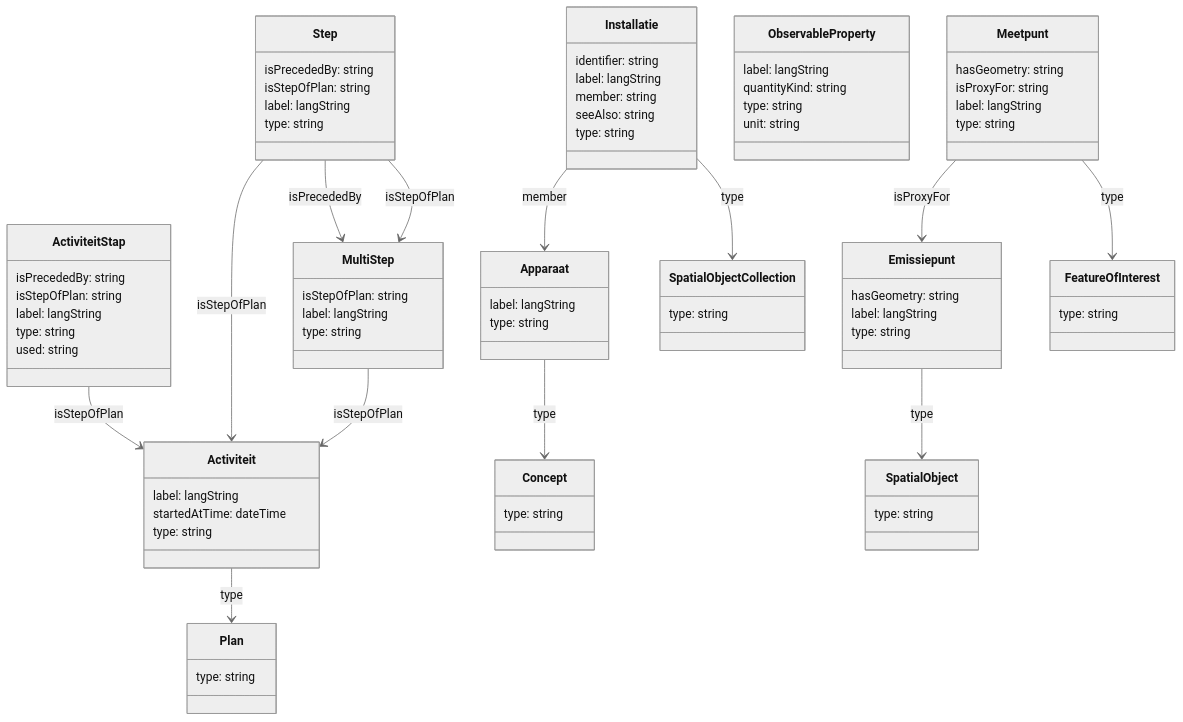
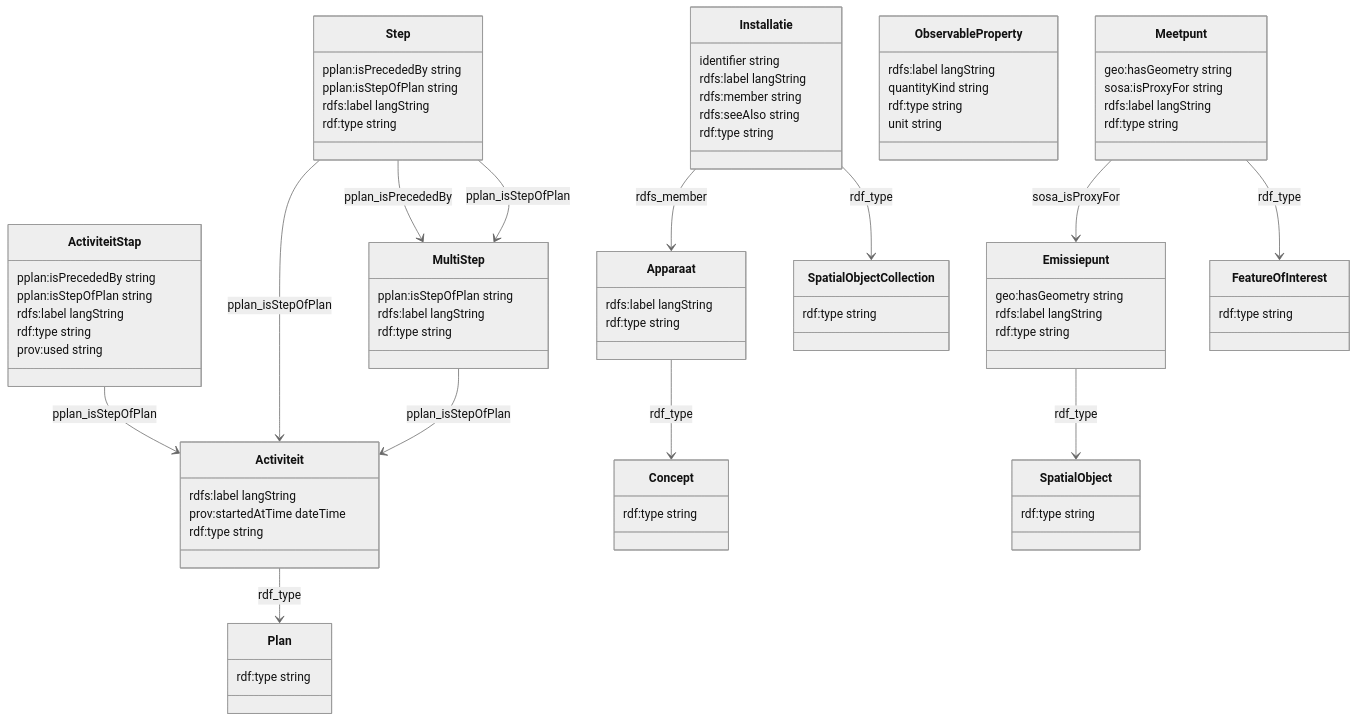
The diagram in documentatie/datamodel/mermaid_class_diagram.mmd (milieuinfo/RIE-IEPR), drawn with Mermaid (neutral theme) before and after one commit. The commit also changed 1 other file, not shown here.

Commit message:
rdf to mermaid

```diff
--- a/documentatie/datamodel/mermaid_class_diagram.mmd
+++ b/documentatie/datamodel/mermaid_class_diagram.mmd
@@ -1,97 +1,98 @@
 classDiagram
     %% Generated from RDF data using csv_to_mermaid.py
     %% Source: RIE-IEPR datamodel
 
     class Activiteit {
-        label: langString
-        startedAtTime: dateTime
-        type: string
+        rdfs:label langString
+        prov:startedAtTime dateTime
+        rdf:type string
     }
 
     class ActiviteitStap {
-        isPrecededBy: string
-        isStepOfPlan: string
-        label: langString
-        type: string
-        used: string
+        pplan:isPrecededBy string
+        pplan:isStepOfPlan string
+        rdfs:label langString
+        rdf:type string
+        prov:used string
     }
 
     class Apparaat {
-        label: langString
-        type: string
+        rdfs:label langString
+        rdf:type string
     }
 
     class Concept {
-        type: string
+        rdf:type string
     }
 
     class Emissiepunt {
-        hasGeometry: string
-        label: langString
-        type: string
+        geo:hasGeometry string
+        rdfs:label langString
+        rdf:type string
     }
 
     class FeatureOfInterest {
-        type: string
+        rdf:type string
     }
 
     class Installatie {
-        identifier: string
-        label: langString
-        member: string
-        seeAlso: string
-        type: string
+        identifier string
+        rdfs:label langString
+        rdfs:member string
+        rdfs:seeAlso string
+        rdf:type string
     }
 
     class Meetpunt {
-        hasGeometry: string
-        isProxyFor: string
-        label: langString
-        type: string
+        geo:hasGeometry string
+        sosa:isProxyFor string
+        rdfs:label langString
+        rdf:type string
     }
 
     class MultiStep {
-        isStepOfPlan: string
-        label: langString
-        type: string
+        pplan:isStepOfPlan string
+        rdfs:label langString
+        rdf:type string
     }
 
     class ObservableProperty {
-        label: langString
-        quantityKind: string
-        type: string
-        unit: string
+        rdfs:label langString
+        quantityKind string
+        rdf:type string
+        unit string
     }
 
     class Plan {
-        type: string
+        rdf:type string
     }
 
     class SpatialObject {
-        type: string
+        rdf:type string
     }
 
     class SpatialObjectCollection {
-        type: string
+        rdf:type string
     }
 
     class Step {
-        isPrecededBy: string
-        isStepOfPlan: string
-        label: langString
-        type: string
+        pplan:isPrecededBy string
+        pplan:isStepOfPlan string
+        rdfs:label langString
+        rdf:type string
     }
 
     %% Relationships
-    Activiteit --> Plan : type
-    ActiviteitStap --> Activiteit : isStepOfPlan
-    Apparaat --> Concept : type
-    Emissiepunt --> SpatialObject : type
-    Installatie --> Apparaat : member
-    Installatie --> SpatialObjectCollection : type
-    Meetpunt --> Emissiepunt : isProxyFor
-    Meetpunt --> FeatureOfInterest : type
-    MultiStep --> Activiteit : isStepOfPlan
-    Step --> Activiteit : isStepOfPlan
-    Step --> MultiStep : isPrecededBy
-    Step --> MultiStep : isStepOfPlan
+
+    Activiteit --> Plan : rdf_type
+    ActiviteitStap --> Activiteit : pplan_isStepOfPlan
+    Apparaat --> Concept : rdf_type
+    Emissiepunt --> SpatialObject : rdf_type
+    Installatie --> Apparaat : rdfs_member
+    Installatie --> SpatialObjectCollection : rdf_type
+    Meetpunt --> Emissiepunt : sosa_isProxyFor
+    Meetpunt --> FeatureOfInterest : rdf_type
+    MultiStep --> Activiteit : pplan_isStepOfPlan
+    Step --> Activiteit : pplan_isStepOfPlan
+    Step --> MultiStep : pplan_isPrecededBy
+    Step --> MultiStep : pplan_isStepOfPlan
```
